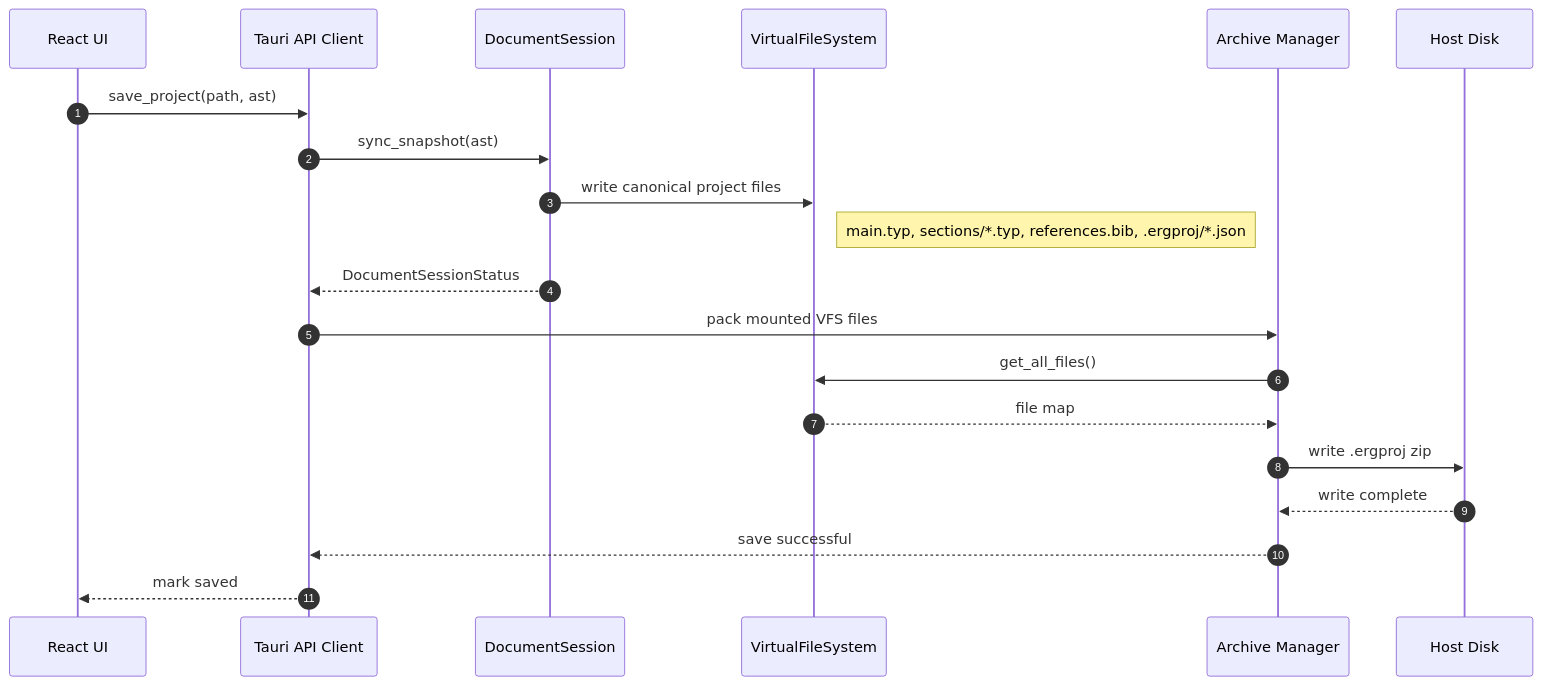
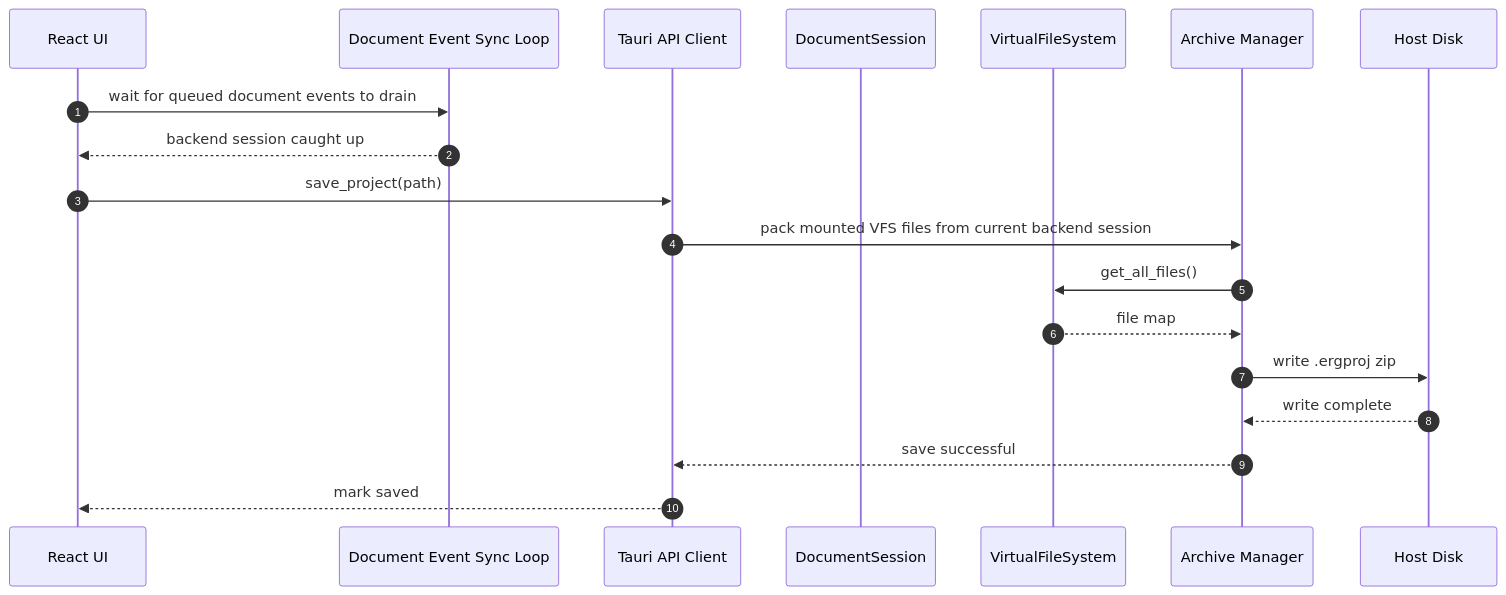
Before and after one commit to andmoreduro/ergo: the fourth of 11 diagrams in context/sequence-diagrams.md, drawn with Mermaid. The commit also changed other lines of this file and 5 other files, not shown here.

First line of the commit message:
docs: update context diagrams for decoupled architecture

````diff
--- a/context/sequence-diagrams.md
+++ b/context/sequence-diagrams.md
@@ -106,25 +143,23 @@
 ```mermaid
 sequenceDiagram
     autonumber
 
     participant UI as React UI
+    participant SyncLoop as Document Event Sync Loop
     participant API as Tauri API Client
     participant Session as DocumentSession
     participant VFS as VirtualFileSystem
     participant Archive as Archive Manager
     participant Disk as Host Disk
 
-    UI->>API: save_project(path, ast)
-    API->>Session: sync_snapshot(ast)
-    Session->>VFS: write canonical project files
-    Note right of VFS: main.typ, sections/*.typ, references.bib, .ergproj/*.json
-    Session-->>API: DocumentSessionStatus
-
-    API->>Archive: pack mounted VFS files
+    UI->>SyncLoop: wait for queued document events to drain
+    SyncLoop-->>UI: backend session caught up
+    UI->>API: save_project(path)
+    API->>Archive: pack mounted VFS files from current backend session
     Archive->>VFS: get_all_files()
     VFS-->>Archive: file map
     Archive->>Disk: write .ergproj zip
     Disk-->>Archive: write complete
     Archive-->>API: save successful
     API-->>UI: mark saved
 ```
````
